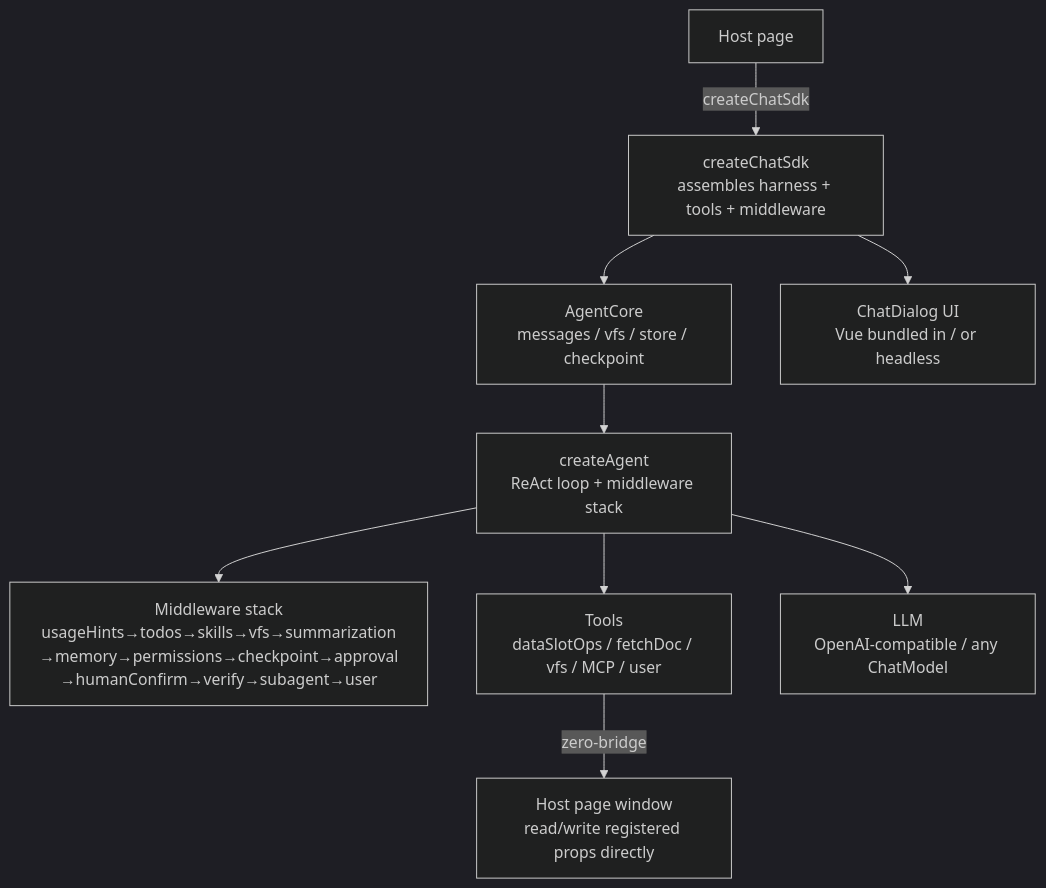
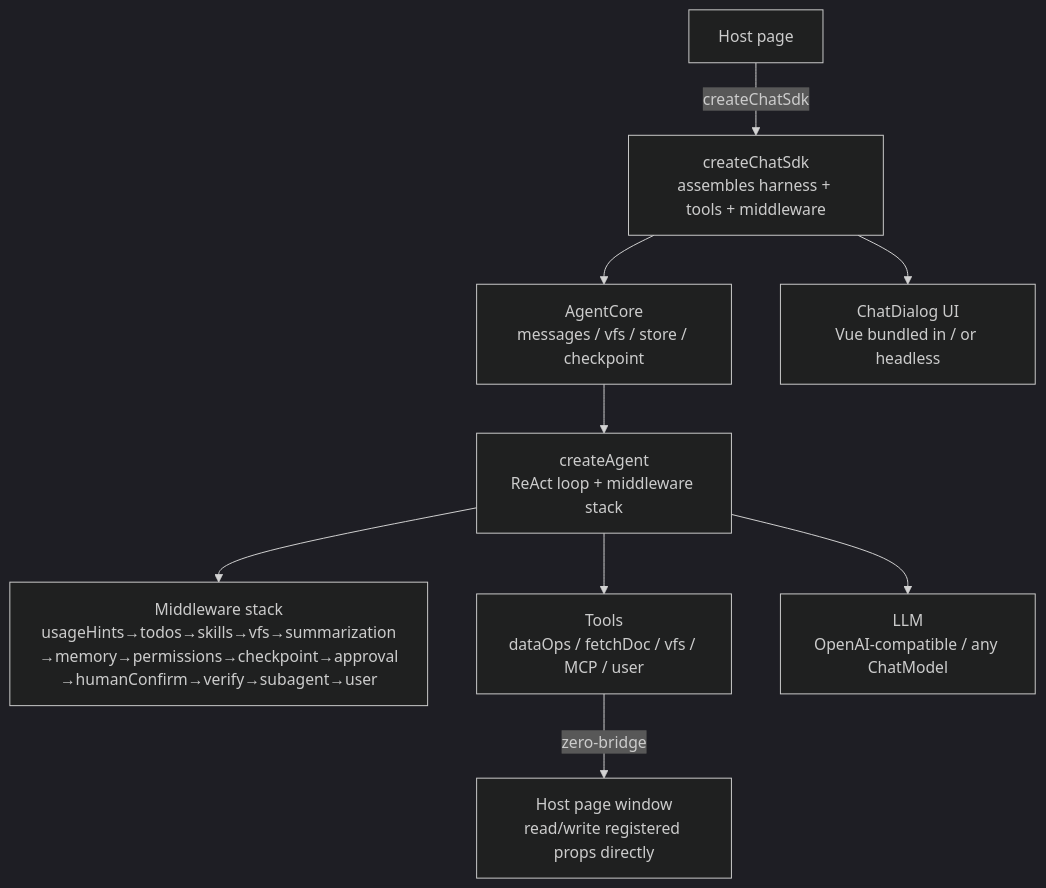
One commit to whyymj/chat-sdk changed the diagram in README.md. Above: the diagram before and after it, drawn with Mermaid (dark theme). The commit also changed other lines of this file and 99 other files, not shown here.

````diff
--- a/README.md
+++ b/README.md
@@ -290,11 +295,11 @@
 ```mermaid
 flowchart TD
     APP[Host page] -->|createChatSdk| SDK[createChatSdk<br/>assembles harness + tools + middleware]
     SDK --> CORE[AgentCore<br/>messages / vfs / store / checkpoint]
     CORE --> AGENT[createAgent<br/>ReAct loop + middleware stack]
     AGENT --> MW[Middleware stack<br/>usageHints→todos→skills→vfs→summarization<br/>→memory→permissions→checkpoint→approval<br/>→humanConfirm→verify→subagent→user]
-    AGENT --> TOOLS[Tools<br/>dataSlotOps / fetchDoc / vfs / MCP / user]
+    AGENT --> TOOLS[Tools<br/>dataOps / fetchDoc / vfs / MCP / user]
     TOOLS -->|zero-bridge| WIN[Host page window<br/>read/write registered props directly]
     AGENT --> LLM[LLM<br/>OpenAI-compatible / any ChatModel]
     SDK --> UI[ChatDialog UI<br/>Vue bundled in / or headless]
 ```
````
